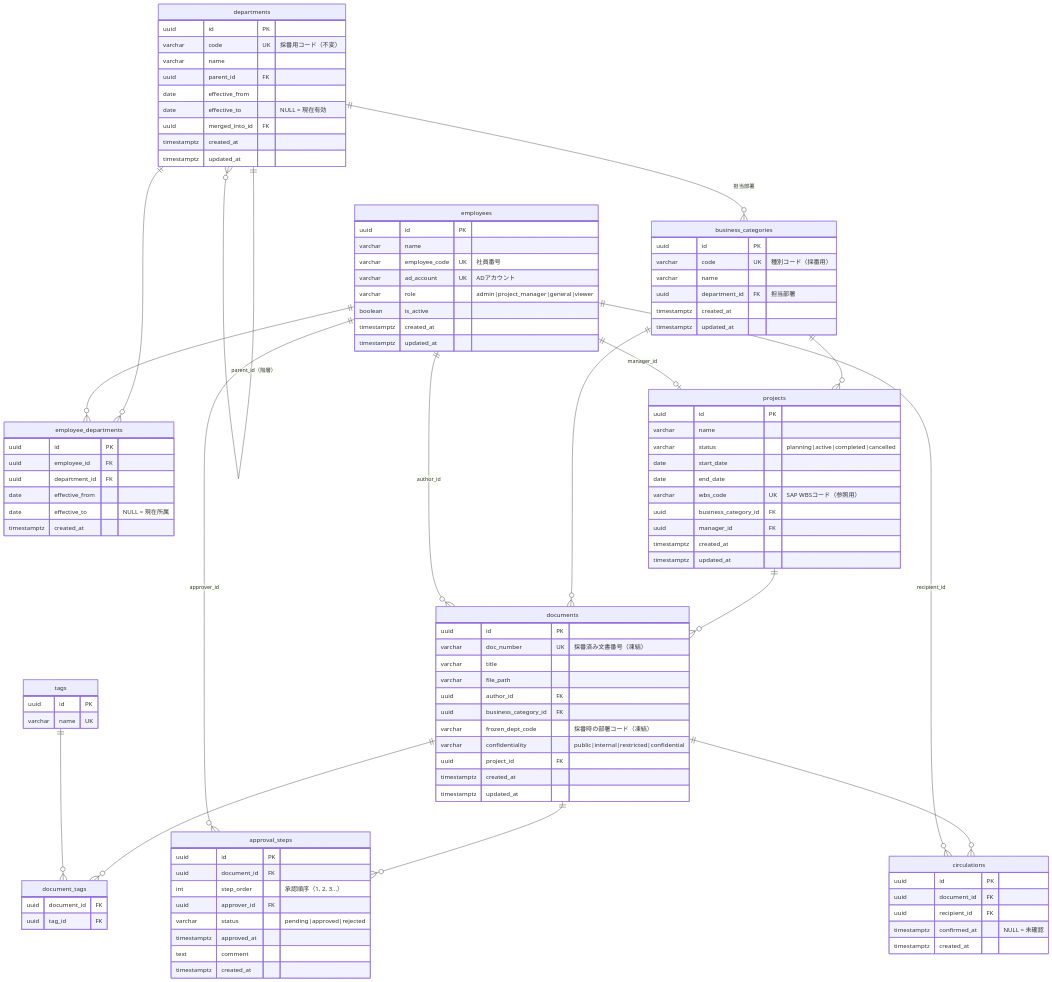
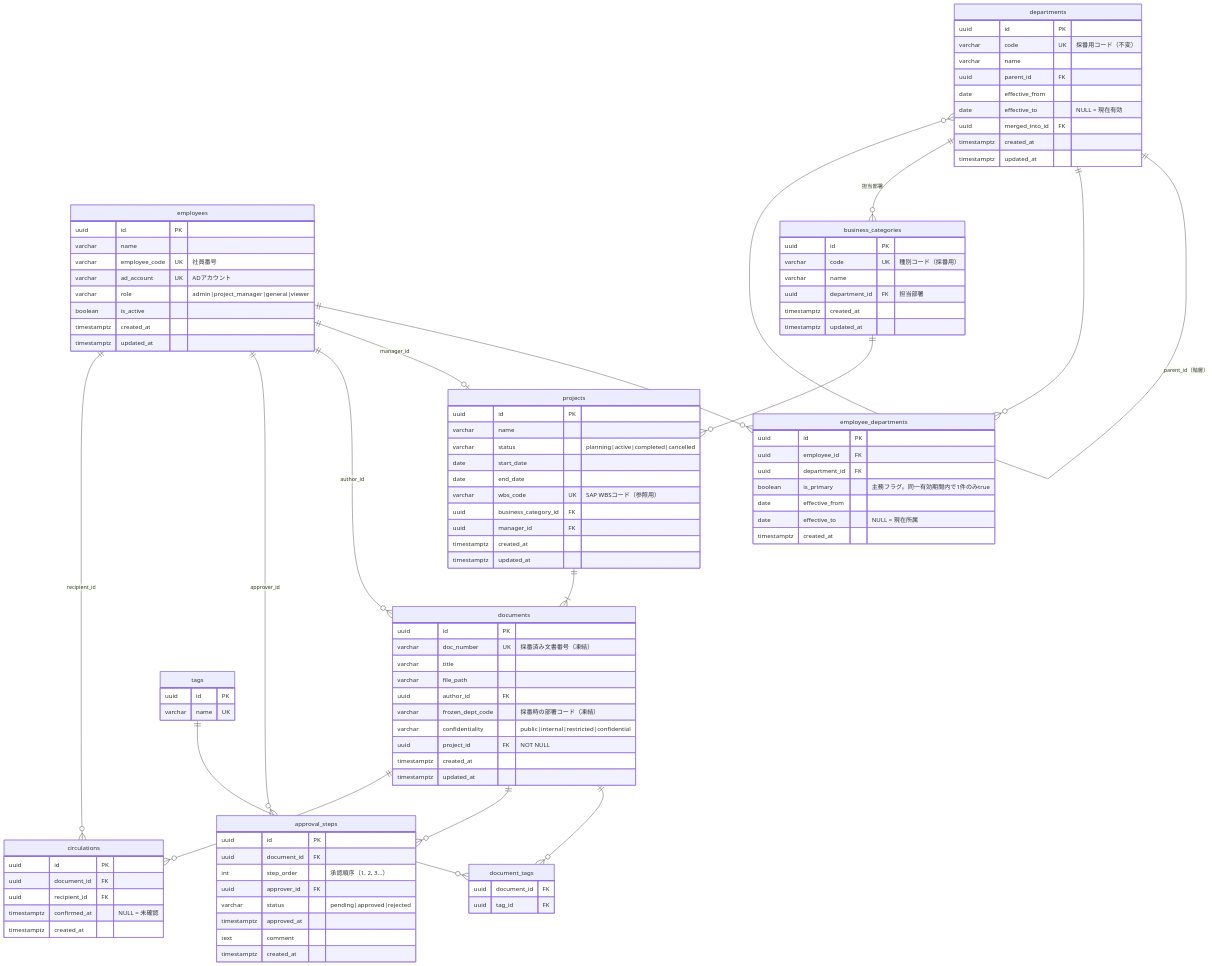
The diagram in docs/design/02_er.md (tagawa0525/doc_man), drawn with Mermaid before and after one commit. The commit also changed other lines of this file and 4 other files, not shown here.

```diff
--- a/docs/design/02_er.md
+++ b/docs/design/02_er.md
@@ -33,6 +33,7 @@
         uuid id PK
         uuid employee_id FK
         uuid department_id FK
+        boolean is_primary "主務フラグ。同一有効期間内で1件のみtrue"
         date effective_from
         date effective_to "NULL = 現在所属"
         timestamptz created_at
@@ -66,10 +67,9 @@
         varchar title
         varchar file_path
         uuid author_id FK
-        uuid business_category_id FK
         varchar frozen_dept_code "採番時の部署コード（凍結）"
         varchar confidentiality "public|internal|restricted|confidential"
-        uuid project_id FK
+        uuid project_id FK "NOT NULL"
         timestamptz created_at
         timestamptz updated_at
     }
@@ -109,8 +109,7 @@
     departments ||--o{ business_categories : "担当部署"
     business_categories ||--o{ projects : ""
     employees ||--o| projects : "manager_id"
-    projects ||--o{ documents : ""
-    business_categories ||--o{ documents : ""
+    projects ||--|{ documents : ""
     employees ||--o{ documents : "author_id"
     documents ||--o{ document_tags : ""
     tags ||--o{ document_tags : ""
```
